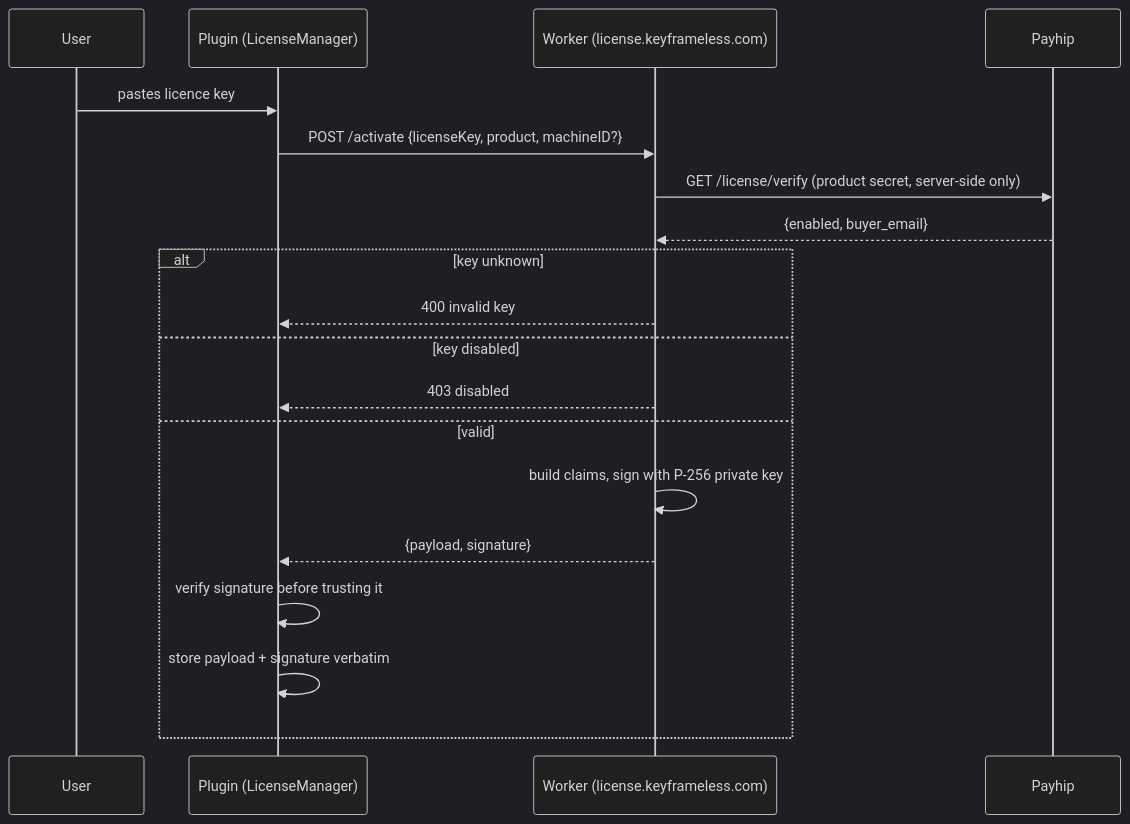
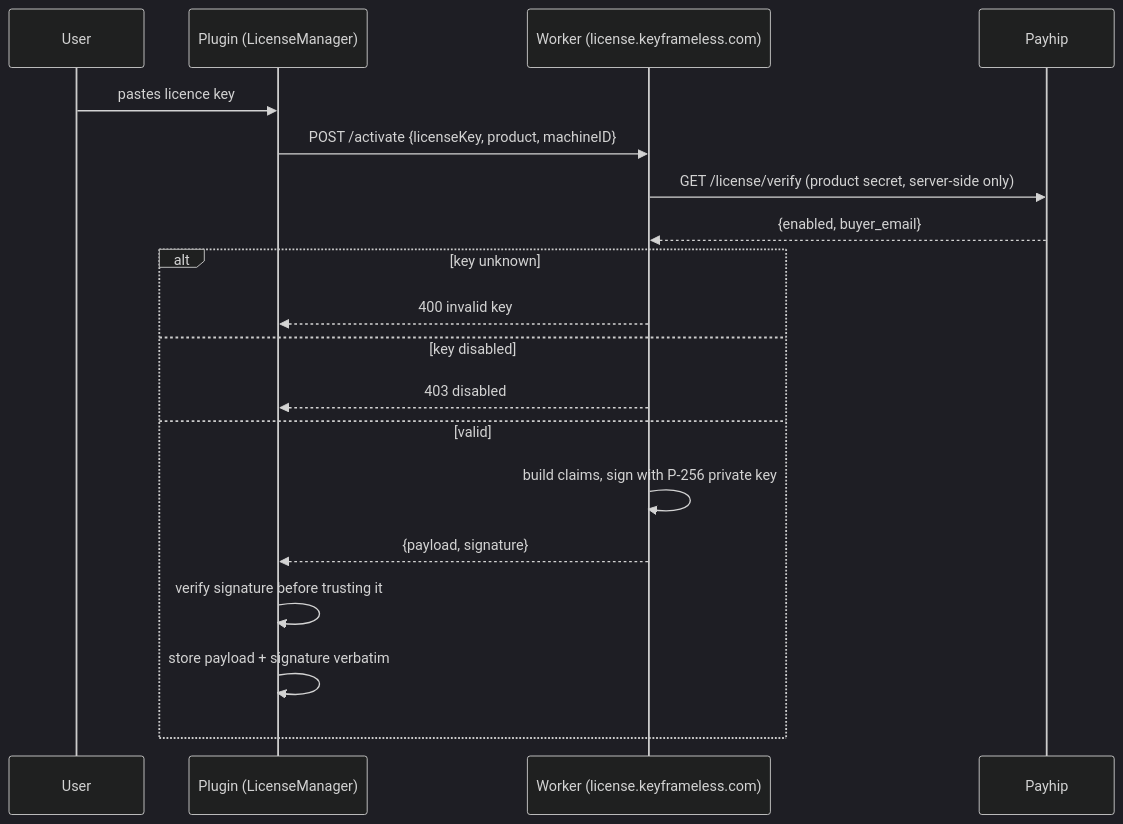
The first of 2 diagrams in Server/license-worker/README.md (overpolish/keyframeless), drawn with Mermaid (dark theme) before and after one commit. The commit also changed other lines of this file and 22 other files, not shown here.

````diff
--- a/Server/license-worker/README.md
+++ b/Server/license-worker/README.md
@@ -15,22 +15,22 @@
 ```mermaid
 sequenceDiagram
     participant U as User
     participant P as Plugin (LicenseManager)
     participant W as Worker (license.keyframeless.com)
     participant PH as Payhip
 
     U->>P: pastes licence key
-    P->>W: POST /activate {licenseKey, product, machineID?}
+    P->>W: POST /activate {licenseKey, product, machineID}
     W->>PH: GET /license/verify (product secret, server-side only)
     PH-->>W: {enabled, buyer_email}
     alt key unknown
         W-->>P: 400 invalid key
     else key disabled
         W-->>P: 403 disabled
     else valid
         W->>W: build claims, sign with P-256 private key
         W-->>P: {payload, signature}
         P->>P: verify signature before trusting it
         P->>P: store payload + signature verbatim
     end
 ```
````
